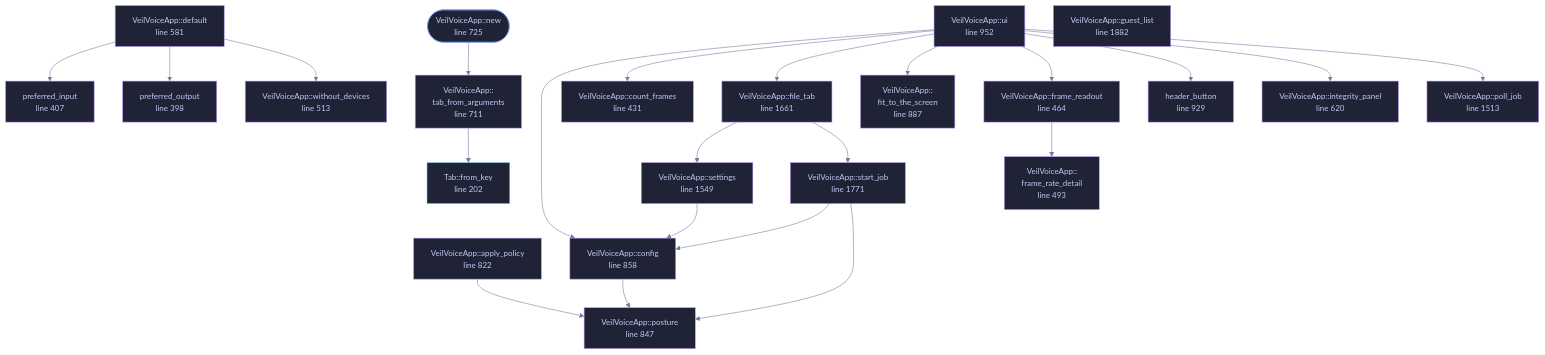
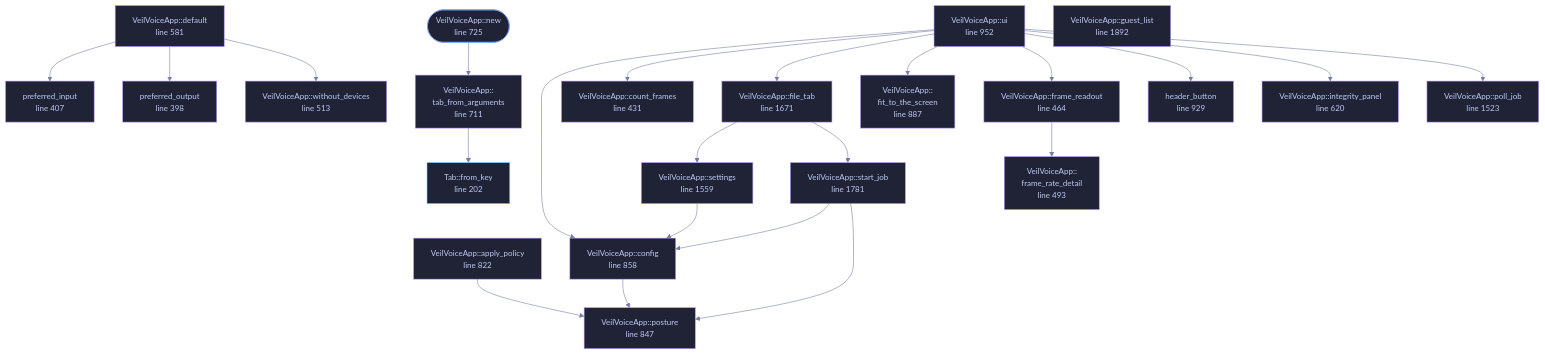
The diagram in docs/files/veilvoice-gui/app.md (tilas01/veilvoice), drawn with Mermaid before and after one commit. The commit also changed other lines of this file and 72 other files, not shown here.

````diff
--- a/docs/files/veilvoice-gui/app.md
+++ b/docs/files/veilvoice-gui/app.md
@@ -192,75 +192,75 @@
 ```mermaid
 %%{init: {"theme":"base","themeVariables":{"background":"#1a1b26","primaryColor":"#1f2335","primaryTextColor":"#c0caf5","primaryBorderColor":"#7aa2f7","secondaryColor":"#16161e","tertiaryColor":"#16161e","lineColor":"#737aa2","textColor":"#c0caf5","mainBkg":"#1f2335","nodeBorder":"#7aa2f7","clusterBkg":"#16161e","clusterBorder":"#2f3549","fontFamily":"ui-monospace, SFMono-Regular, Consolas, monospace","fontSize":"14px"}}}%%
 flowchart TD
     n_from_key["Tab::from_key<br/>line 202"]
     n_preferred_output["preferred_output<br/>line 398"]
     n_preferred_input["preferred_input<br/>line 407"]
     n_count_frames["VeilVoiceApp::count_frames<br/>line 431"]
     n_frame_readout["VeilVoiceApp::frame_readout<br/>line 464"]
     n_frame_rate_detail["VeilVoiceApp::<br/>frame_rate_detail<br/>line 493"]
     n_without_devices["VeilVoiceApp::without_devices<br/>line 513"]
     n_default["VeilVoiceApp::default<br/>line 581"]
     n_integrity_panel["VeilVoiceApp::integrity_panel<br/>line 620"]
     n_tab_from_arguments["VeilVoiceApp::<br/>tab_from_arguments<br/>line 711"]
     n_new(["VeilVoiceApp::new<br/>line 725"])
     n_apply_policy["VeilVoiceApp::apply_policy<br/>line 822"]
     n_posture["VeilVoiceApp::posture<br/>line 847"]
     n_config["VeilVoiceApp::config<br/>line 858"]
     n_fit_to_the_screen["VeilVoiceApp::<br/>fit_to_the_screen<br/>line 887"]
     n_header_button["header_button<br/>line 929"]
     n_ui["VeilVoiceApp::ui<br/>line 952"]
-    n_poll_job["VeilVoiceApp::poll_job<br/>line 1513"]
-    n_settings["VeilVoiceApp::settings<br/>line 1549"]
-    n_file_tab["VeilVoiceApp::file_tab<br/>line 1661"]
-    n_start_job["VeilVoiceApp::start_job<br/>line 1771"]
-    n_guest_list["VeilVoiceApp::guest_list<br/>line 1882"]
+    n_poll_job["VeilVoiceApp::poll_job<br/>line 1523"]
+    n_settings["VeilVoiceApp::settings<br/>line 1559"]
+    n_file_tab["VeilVoiceApp::file_tab<br/>line 1671"]
+    n_start_job["VeilVoiceApp::start_job<br/>line 1781"]
+    n_guest_list["VeilVoiceApp::guest_list<br/>line 1892"]
     n_apply_policy --> n_posture
     n_config --> n_posture
     n_default --> n_preferred_input
     n_default --> n_preferred_output
     n_default --> n_without_devices
     n_file_tab --> n_settings
     n_file_tab --> n_start_job
     n_frame_readout --> n_frame_rate_detail
     n_new --> n_tab_from_arguments
     n_settings --> n_config
     n_start_job --> n_config
     n_start_job --> n_posture
     n_tab_from_arguments --> n_from_key
     n_ui --> n_config
     n_ui --> n_count_frames
     n_ui --> n_file_tab
     n_ui --> n_fit_to_the_screen
     n_ui --> n_frame_readout
     n_ui --> n_header_button
     n_ui --> n_integrity_panel
     n_ui --> n_poll_job
     click n_from_key href "https://github.com/tilas01/veilvoice/blob/main/crates/veilvoice-gui/src/app.rs#L202" "open the source"
     click n_preferred_output href "https://github.com/tilas01/veilvoice/blob/main/crates/veilvoice-gui/src/app.rs#L398" "open the source"
     click n_preferred_input href "https://github.com/tilas01/veilvoice/blob/main/crates/veilvoice-gui/src/app.rs#L407" "open the source"
     click n_count_frames href "https://github.com/tilas01/veilvoice/blob/main/crates/veilvoice-gui/src/app.rs#L431" "open the source"
     click n_frame_readout href "https://github.com/tilas01/veilvoice/blob/main/crates/veilvoice-gui/src/app.rs#L464" "open the source"
     click n_frame_rate_detail href "https://github.com/tilas01/veilvoice/blob/main/crates/veilvoice-gui/src/app.rs#L493" "open the source"
     click n_without_devices href "https://github.com/tilas01/veilvoice/blob/main/crates/veilvoice-gui/src/app.rs#L513" "open the source"
     click n_default href "https://github.com/tilas01/veilvoice/blob/main/crates/veilvoice-gui/src/app.rs#L581" "open the source"
     click n_integrity_panel href "https://github.com/tilas01/veilvoice/blob/main/crates/veilvoice-gui/src/app.rs#L620" "open the source"
     click n_tab_from_arguments href "https://github.com/tilas01/veilvoice/blob/main/crates/veilvoice-gui/src/app.rs#L711" "open the source"
     click n_new href "https://github.com/tilas01/veilvoice/blob/main/crates/veilvoice-gui/src/app.rs#L725" "open the source"
     click n_apply_policy href "https://github.com/tilas01/veilvoice/blob/main/crates/veilvoice-gui/src/app.rs#L822" "open the source"
     click n_posture href "https://github.com/tilas01/veilvoice/blob/main/crates/veilvoice-gui/src/app.rs#L847" "open the source"
     click n_config href "https://github.com/tilas01/veilvoice/blob/main/crates/veilvoice-gui/src/app.rs#L858" "open the source"
     click n_fit_to_the_screen href "https://github.com/tilas01/veilvoice/blob/main/crates/veilvoice-gui/src/app.rs#L887" "open the source"
     click n_header_button href "https://github.com/tilas01/veilvoice/blob/main/crates/veilvoice-gui/src/app.rs#L929" "open the source"
     click n_ui href "https://github.com/tilas01/veilvoice/blob/main/crates/veilvoice-gui/src/app.rs#L952" "open the source"
-    click n_poll_job href "https://github.com/tilas01/veilvoice/blob/main/crates/veilvoice-gui/src/app.rs#L1513" "open the source"
-    click n_settings href "https://github.com/tilas01/veilvoice/blob/main/crates/veilvoice-gui/src/app.rs#L1549" "open the source"
-    click n_file_tab href "https://github.com/tilas01/veilvoice/blob/main/crates/veilvoice-gui/src/app.rs#L1661" "open the source"
-    click n_start_job href "https://github.com/tilas01/veilvoice/blob/main/crates/veilvoice-gui/src/app.rs#L1771" "open the source"
-    click n_guest_list href "https://github.com/tilas01/veilvoice/blob/main/crates/veilvoice-gui/src/app.rs#L1882" "open the source"
+    click n_poll_job href "https://github.com/tilas01/veilvoice/blob/main/crates/veilvoice-gui/src/app.rs#L1523" "open the source"
+    click n_settings href "https://github.com/tilas01/veilvoice/blob/main/crates/veilvoice-gui/src/app.rs#L1559" "open the source"
+    click n_file_tab href "https://github.com/tilas01/veilvoice/blob/main/crates/veilvoice-gui/src/app.rs#L1671" "open the source"
+    click n_start_job href "https://github.com/tilas01/veilvoice/blob/main/crates/veilvoice-gui/src/app.rs#L1781" "open the source"
+    click n_guest_list href "https://github.com/tilas01/veilvoice/blob/main/crates/veilvoice-gui/src/app.rs#L1892" "open the source"
     classDef entry fill:#1f2335,stroke:#7aa2f7,color:#c0caf5
     class n_new entry
     classDef api fill:#1f2335,stroke:#7dcfff,color:#c0caf5
     class n_from_key api
     classDef helper fill:#1f2335,stroke:#bb9af7,color:#c0caf5
     class n_preferred_output,n_preferred_input,n_count_frames,n_frame_readout,n_frame_rate_detail,n_without_devices,n_default,n_integrity_panel,n_tab_from_arguments,n_apply_policy,n_posture,n_config,n_fit_to_the_screen,n_header_button,n_ui,n_poll_job,n_settings,n_file_tab,n_start_job,n_guest_list helper
 ```
````
